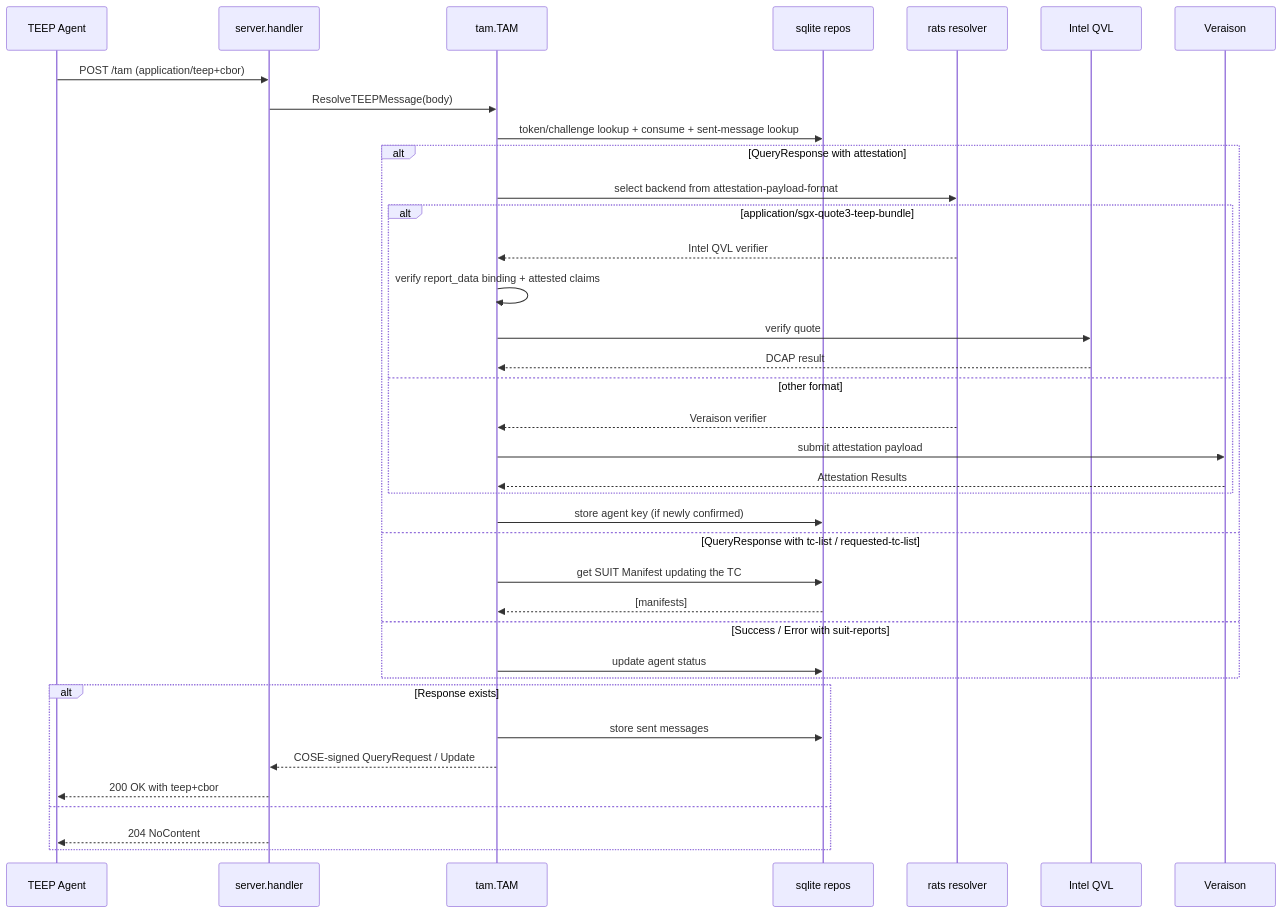
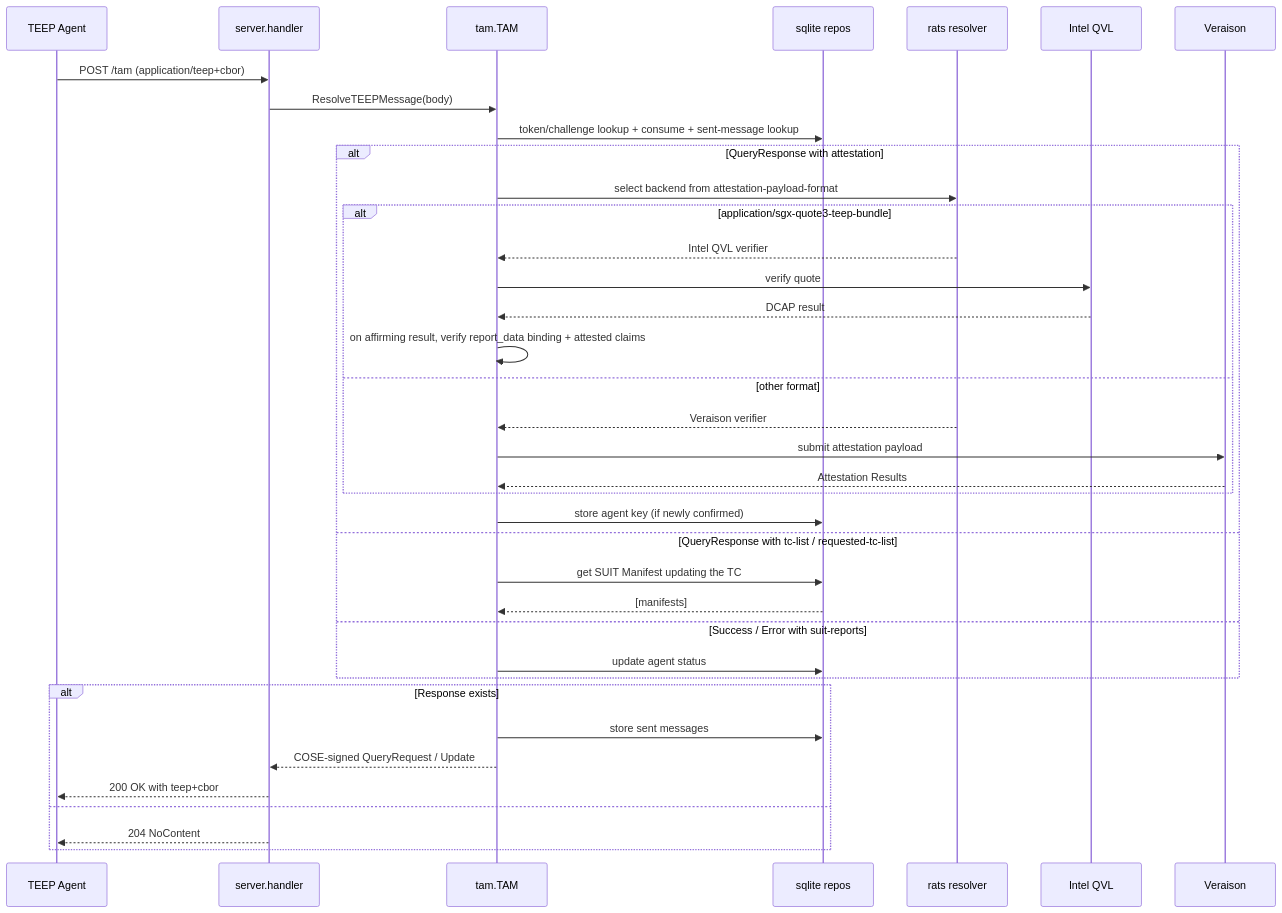
Before and after one commit to kentakayama/AttesTAM: the third of 4 diagrams in doc/INTERNAL_DESIGN.md, drawn with Mermaid. The commit also changed other lines of this file and 7 other files, not shown here.

````diff
--- a/doc/INTERNAL_DESIGN.md
+++ b/doc/INTERNAL_DESIGN.md
@@ -87,41 +87,41 @@
 ```mermaid
 sequenceDiagram
     participant Client as TEEP Agent
     participant H as server.handler
     participant T as tam.TAM
     participant DB as sqlite repos
     participant R as rats resolver
     participant Q as Intel QVL
     participant V as Veraison
 
     Client->>H: POST /tam (application/teep+cbor)
     H->>T: ResolveTEEPMessage(body)
     T->>DB: token/challenge lookup + consume + sent-message lookup
     alt QueryResponse with attestation
         T->>R: select backend from attestation-payload-format
         alt application/sgx-quote3-teep-bundle
             R-->>T: Intel QVL verifier
-            T->>T: verify report_data binding + attested claims
             T->>Q: verify quote
             Q-->>T: DCAP result
+            T->>T: on affirming result, verify report_data binding + attested claims
         else other format
             R-->>T: Veraison verifier
             T->>V: submit attestation payload
             V-->>T: Attestation Results
         end
         T->>DB: store agent key (if newly confirmed)
     else QueryResponse with tc-list / requested-tc-list
         T->>DB: get SUIT Manifest updating the TC
         DB-->>T: [manifests]
     else Success / Error with suit-reports
         T->>DB: update agent status
     end
 
     alt Response exists
         T->>DB: store sent messages
         T-->>H: COSE-signed QueryRequest / Update
         H-->>Client: 200 OK with teep+cbor
     else
         H-->>Client: 204 NoContent
     end
 ```
````
